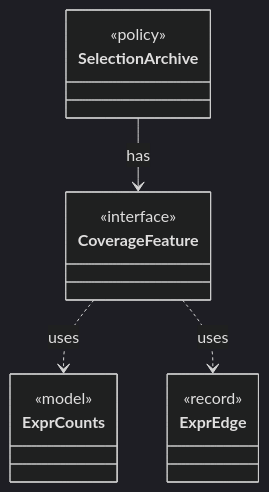
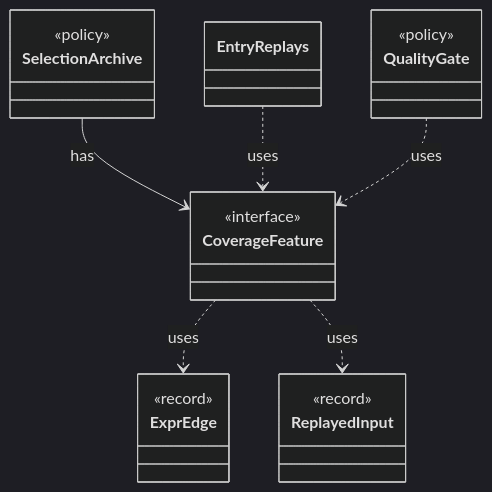
The diagram in dev/types/io.github.tlaplus.hardening.workflow.quality.CoverageFeature.md (tlaplus/model-checker-hardening), drawn with Mermaid (dark theme) before and after one commit. The commit also changed other lines of this file and 410 other files, not shown here.

````diff
--- a/dev/types/io.github.tlaplus.hardening.workflow.quality.CoverageFeature.md
+++ b/dev/types/io.github.tlaplus.hardening.workflow.quality.CoverageFeature.md
@@ -9,18 +9,24 @@
 ```mermaid
 classDiagram
   class CoverageFeature {
     <<interface>>
   }
   class SelectionArchive {
     <<policy>>
   }
-  class ExprCounts {
-    <<model>>
-  }
   class ExprEdge {
     <<record>>
   }
+  class ReplayedInput {
+    <<record>>
+  }
+  class EntryReplays
+  class QualityGate {
+    <<policy>>
+  }
   SelectionArchive --> CoverageFeature : has
-  CoverageFeature ..> ExprCounts : uses
   CoverageFeature ..> ExprEdge : uses
+  CoverageFeature ..> ReplayedInput : uses
+  EntryReplays ..> CoverageFeature : uses
+  QualityGate ..> CoverageFeature : uses
 ```
````
